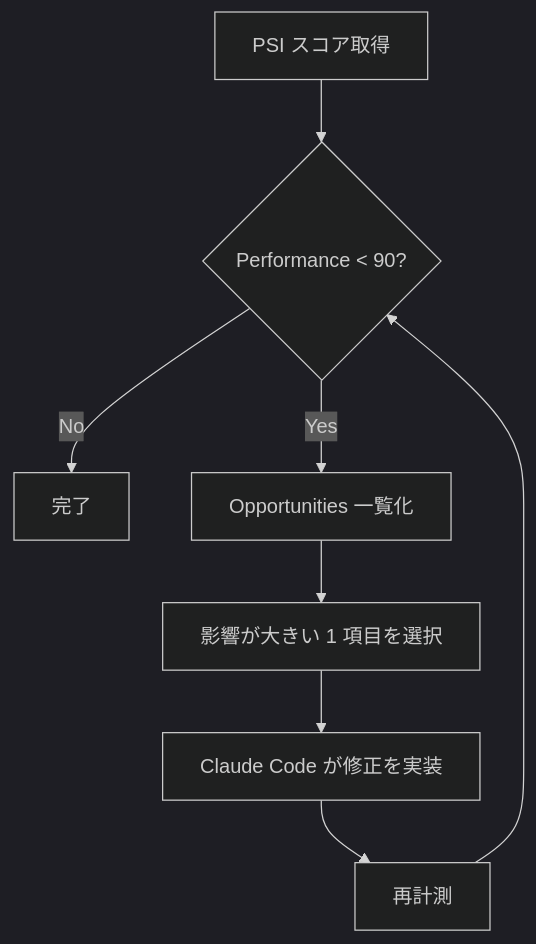
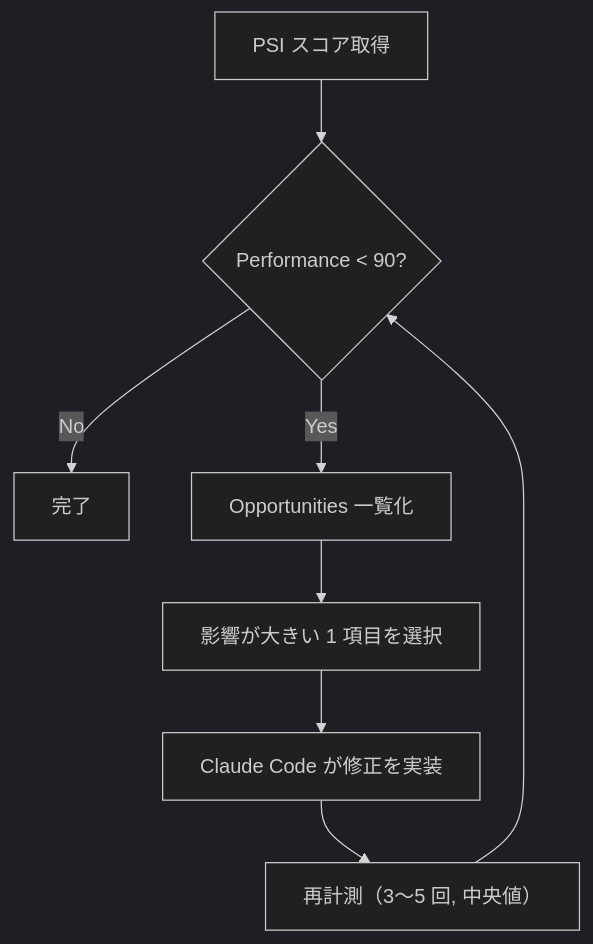
The diagram in articles/20260430-nextjs-psi-with-claude.md (liatris000/zenn_create), drawn with Mermaid (dark theme) before and after one commit. The commit also changed other lines of this file, not shown here.

Commit message:
polish: PSI MCP 記事の表現を計測根拠ベースに調整
- 「TBT への影響が最も大きかった」を Opportunities 観測ベースの表現に置き換え
- mermaid 図の再計測ノードに「3〜5 回, 中央値」を明記し本文の計測再現性と整合

````diff
--- a/articles/20260430-nextjs-psi-with-claude.md
+++ b/articles/20260430-nextjs-psi-with-claude.md
@@ -39,10 +39,10 @@
 ```mermaid
 flowchart TD
     A[PSI スコア取得] --> B{Performance < 90?}
     B -- No --> G[完了]
     B -- Yes --> C[Opportunities 一覧化]
     C --> D[影響が大きい 1 項目を選択]
     D --> E[Claude Code が修正を実装]
-    E --> F[再計測]
+    E --> F["再計測（3〜5 回, 中央値）"]
     F --> B
 ```
````
